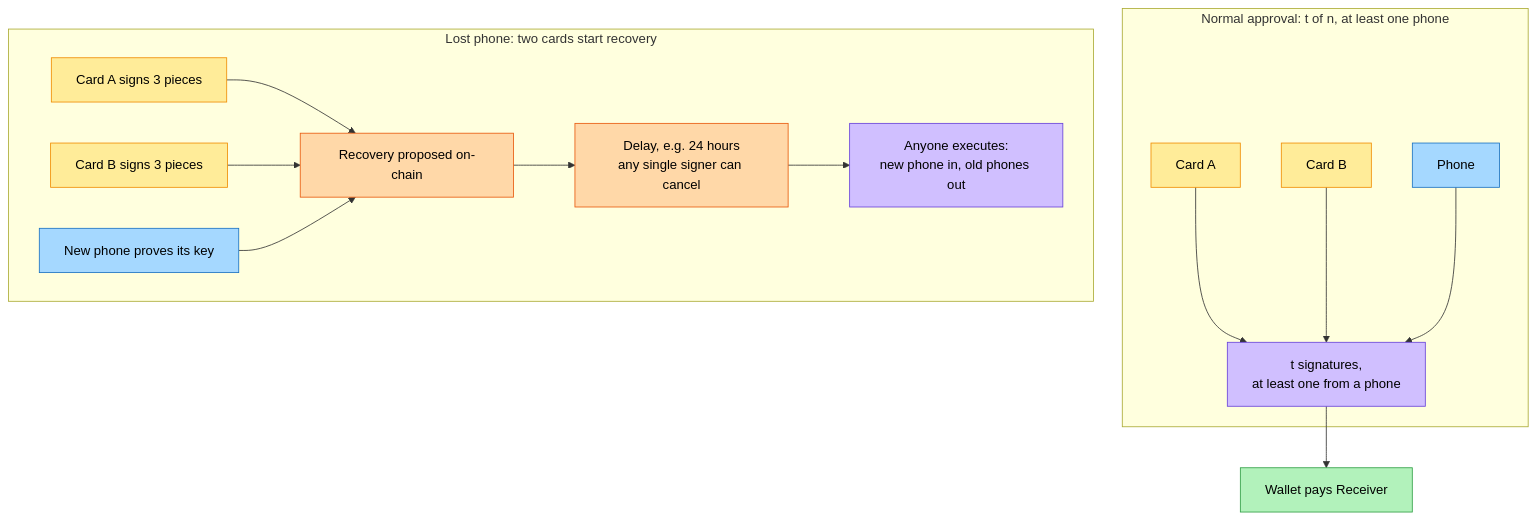
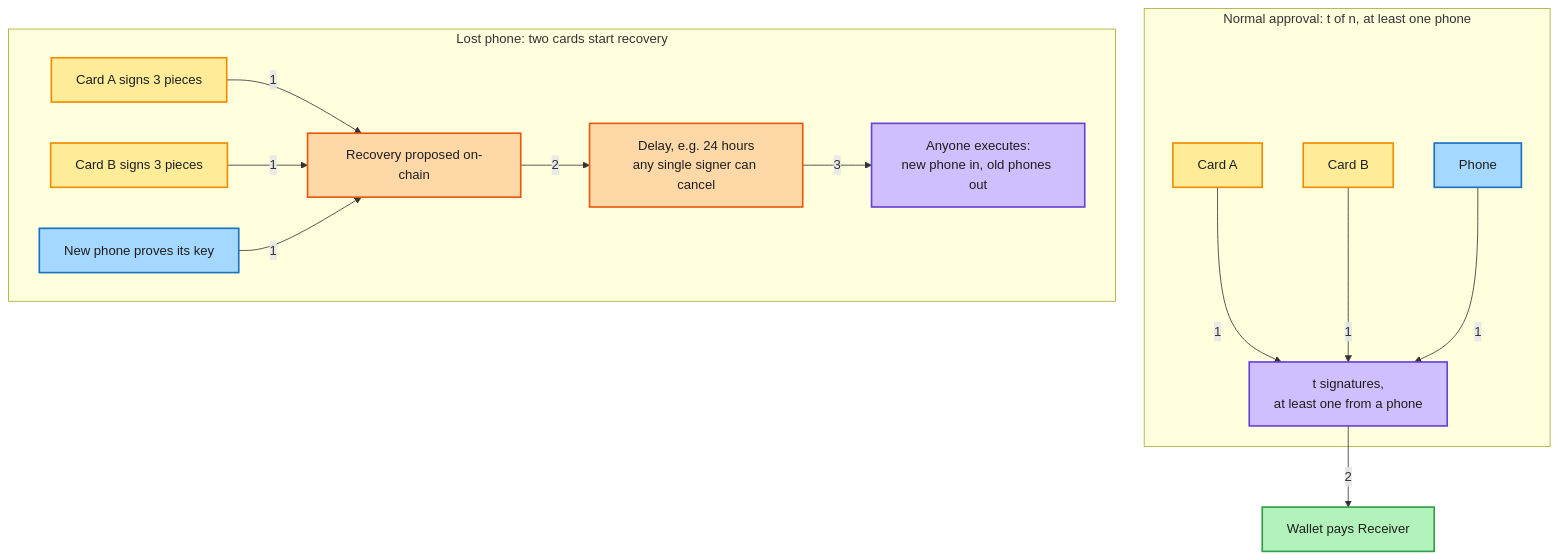
One commit to team-somehow/tap2eth changed the eighth of 8 diagrams in docs/WHITEPAPER.md. Above: the diagram before and after it, drawn with Mermaid. The commit also changed other lines of this file and 1 other file, not shown here.

First line of the commit message:
docs: shorten the white paper and spec, add reader-card diagrams

````diff
--- a/docs/WHITEPAPER.md
+++ b/docs/WHITEPAPER.md
@@ -232,31 +365,32 @@
 ```mermaid
 flowchart TB
     subgraph normal["Normal approval: t of n, at least one phone"]
         C1["Card A"]:::card
         C2["Card B"]:::card
         P1["Phone"]:::phone
         A["t signatures,<br/>at least one from a phone"]:::chain
-        C1 --> A
-        C2 --> A
-        P1 --> A
+        C1 -->|"1"| A
+        C2 -->|"1"| A
+        P1 -->|"1"| A
     end
     subgraph lost["Lost phone: two cards start recovery"]
         R1["Card A signs 3 pieces"]:::card
         R2["Card B signs 3 pieces"]:::card
         N["New phone proves its key"]:::phone
         PR["Recovery proposed on-chain"]:::recovery
         D["Delay, e.g. 24 hours<br/>any single signer can cancel"]:::recovery
         X["Anyone executes:<br/>new phone in, old phones out"]:::chain
-        R1 --> PR
-        R2 --> PR
-        N --> PR
-        PR --> D --> X
+        R1 -->|"1"| PR
+        R2 -->|"1"| PR
+        N -->|"1"| PR
+        PR -->|"2"| D
+        D -->|"3"| X
     end
-    A --> W["Wallet pays Receiver"]:::receiver
+    A -->|"2"| W["Wallet pays Receiver"]:::receiver
 
-    classDef card fill:#ffec99,stroke:#f08c00,color:#000
-    classDef phone fill:#a5d8ff,stroke:#1971c2,color:#000
-    classDef chain fill:#d0bfff,stroke:#6741d9,color:#000
-    classDef receiver fill:#b2f2bb,stroke:#2f9e44,color:#000
-    classDef recovery fill:#ffd8a8,stroke:#e8590c,color:#000
+    classDef card fill:#ffec99,stroke:#f08c00,stroke-width:2px,color:#1e1e1e
+    classDef phone fill:#a5d8ff,stroke:#1971c2,stroke-width:2px,color:#1e1e1e
+    classDef chain fill:#d0bfff,stroke:#6741d9,stroke-width:2px,color:#1e1e1e
+    classDef receiver fill:#b2f2bb,stroke:#2f9e44,stroke-width:2px,color:#1e1e1e
+    classDef recovery fill:#ffd8a8,stroke:#e8590c,stroke-width:2px,color:#1e1e1e
 ```
````
